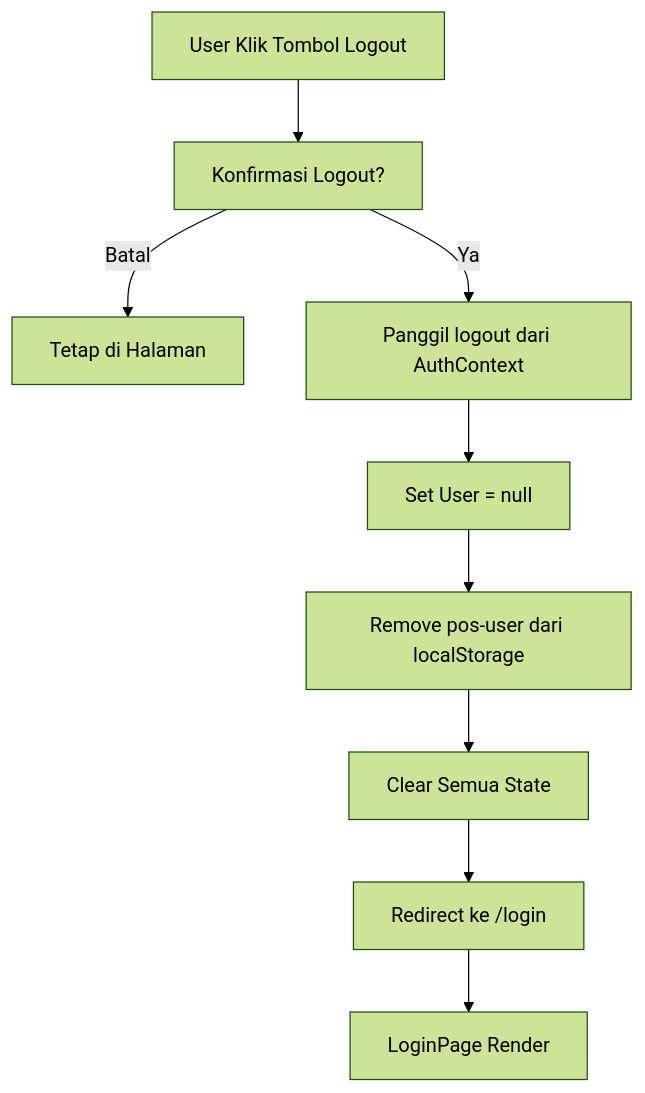
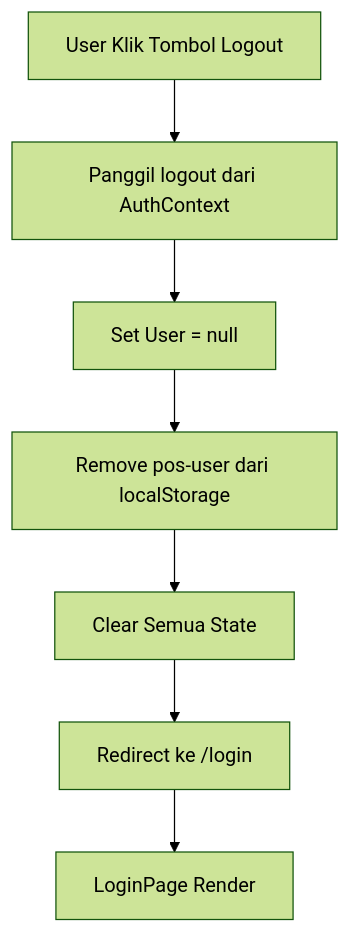
One commit to ricky-blip/pos-frontend changed diagram 15 of 20 in FLOWCHART.md. Above: the diagram before and after it, drawn with Mermaid (forest theme). The commit also changed other lines of this file and 17 other files, not shown here.

````diff
--- a/FLOWCHART.md
+++ b/FLOWCHART.md
@@ -662,12 +681,10 @@
 ```mermaid
 flowchart TD
-    A[User Klik Tombol Logout] --> B[Konfirmasi Logout?]
-    B -->|Batal| C[Tetap di Halaman]
-    B -->|Ya| D[Panggil logout dari AuthContext]
+    A[User Klik Tombol Logout] --> D[Panggil logout dari AuthContext]
 
     D --> E[Set User = null]
     E --> F[Remove pos-user dari localStorage]
     F --> G[Clear Semua State]
     G --> H[Redirect ke /login]
     H --> I[LoginPage Render]
 ```
````
